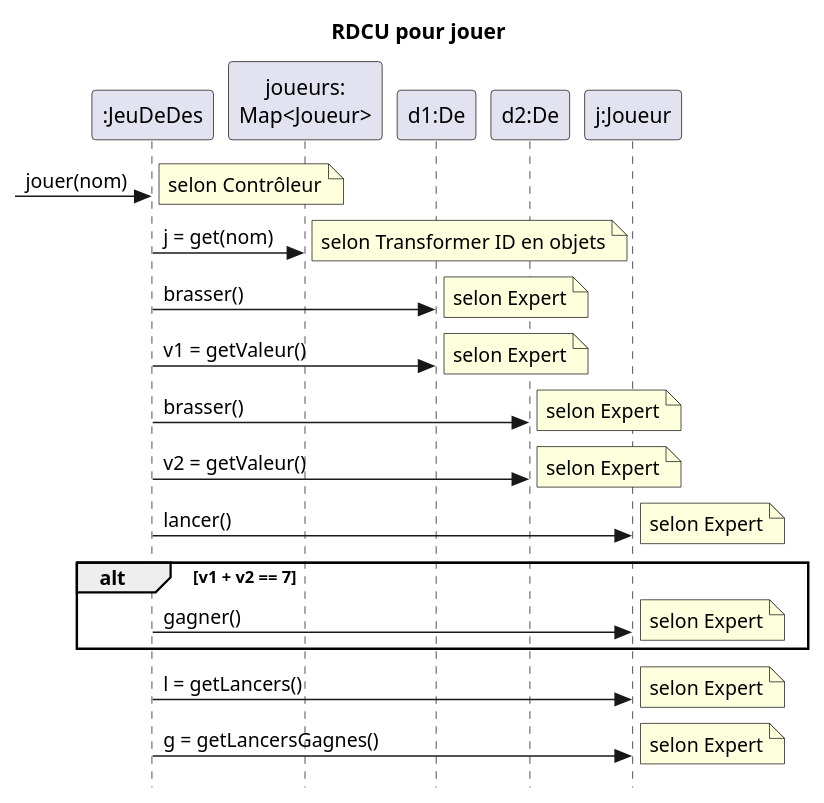
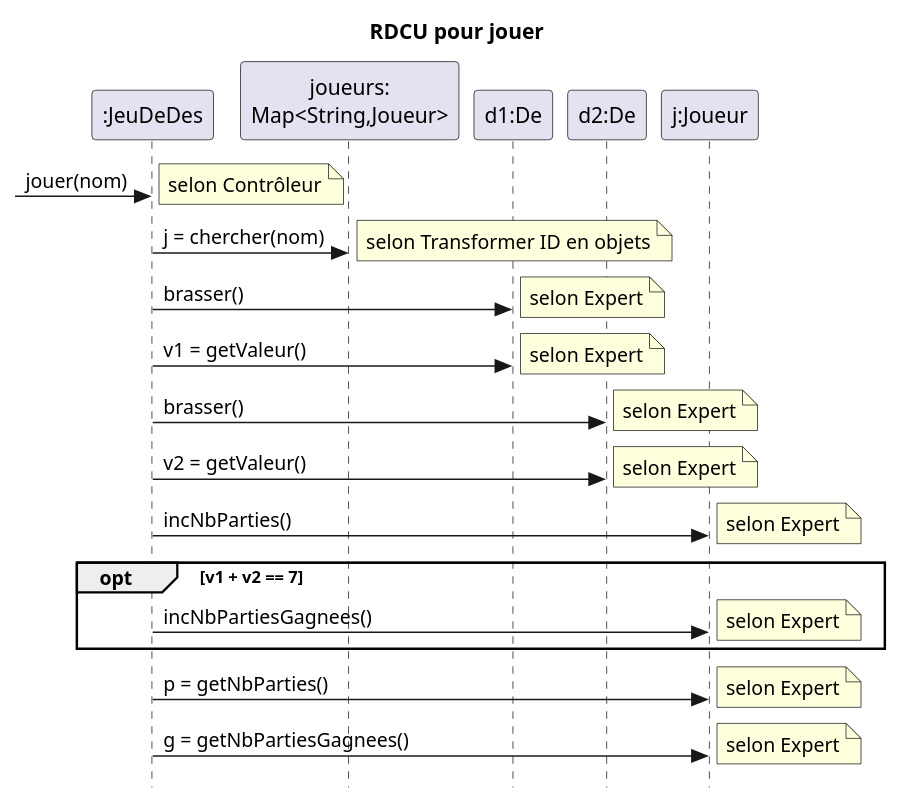
One commit to profcfuhrmanets/log210-jeu-de-des-node-express-ts changed the diagram in docs/rdcu-jouer.puml. Above: the diagram before and after it, drawn with PlantUML.

Commit message:
refactor nessages, use opt not alt, map with key

```diff
--- a/docs/rdcu-jouer.puml
+++ b/docs/rdcu-jouer.puml
@@ -1,32 +1,32 @@
 @startuml
 skinparam style strictuml
 skinparam defaultfontname Verdana
 title RDCU pour jouer
 participant ":JeuDeDes" as c
-participant "joueurs:\nMap<Joueur>" as jm
+participant "joueurs:\nMap<String,Joueur>" as jm
 participant "d1:De" as d1
 participant "d2:De" as d2
 participant "j:Joueur" as j
 ->c : jouer(nom)
 note right : selon Contrôleur 
-c->jm : j = get(nom)
+c->jm : j = chercher(nom)
 note right : selon Transformer ID en objets 
 c->d1 : brasser()
 note right : selon Expert 
 c->d1 : v1 = getValeur()
 note right : selon Expert 
 c->d2 : brasser()
 note right : selon Expert 
 c->d2 : v2 = getValeur()
 note right : selon Expert 
-c->j : lancer()
+c->j : incNbParties()
 note right : selon Expert 
-alt v1 + v2 == 7
-  c->j : gagner()
+opt v1 + v2 == 7
+  c->j : incNbPartiesGagnees()
   note right : selon Expert 
-end alt
-c->j : l = getLancers()
+end opt
+c->j : p = getNbParties()
 note right : selon Expert 
-c->j : g = getLancersGagnes()
+c->j : g = getNbPartiesGagnees()
 note right : selon Expert 
 @enduml
```
